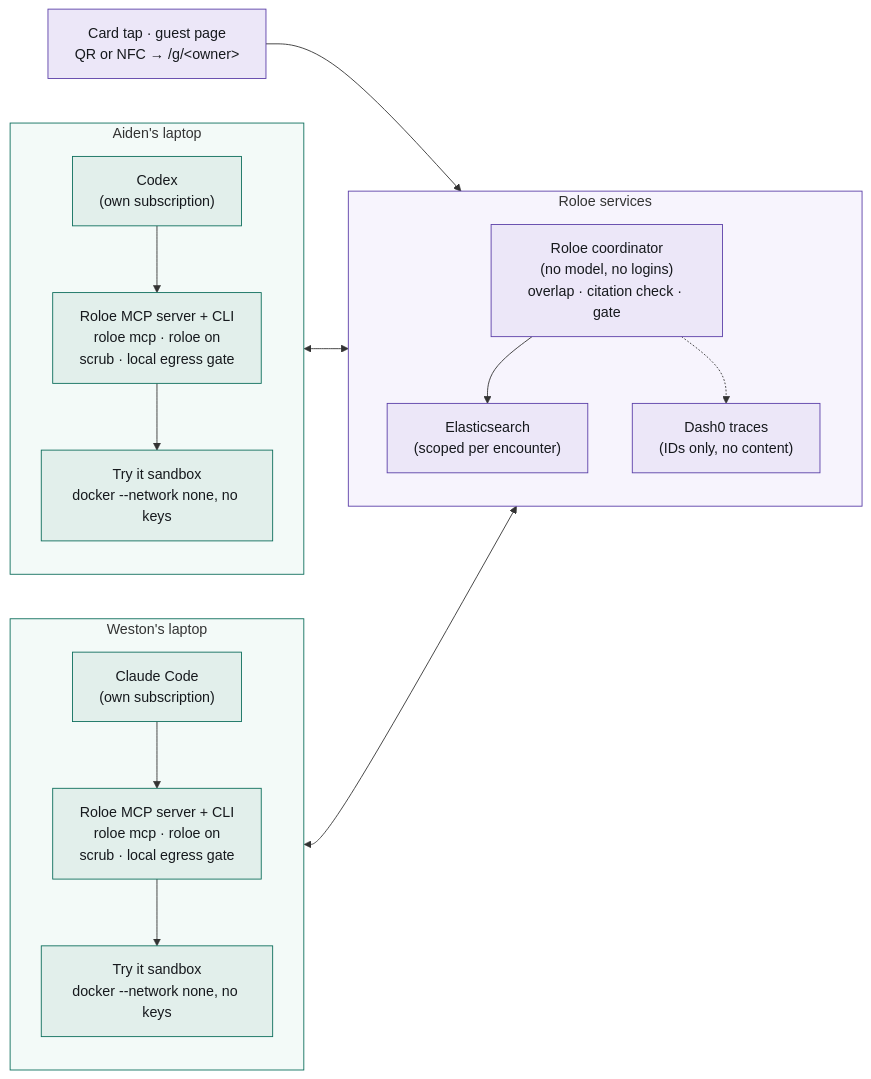
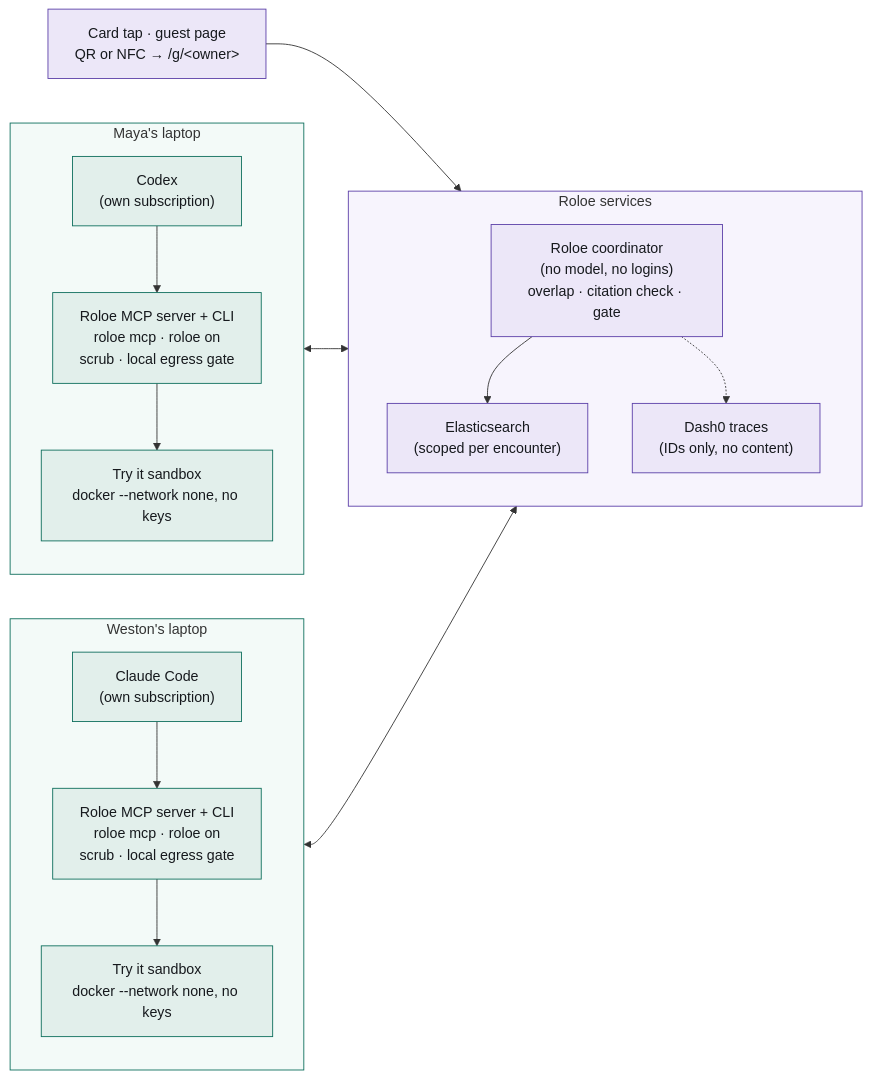
The diagram in README.md (WestonBDev/roloe), drawn with Mermaid before and after one commit. The commit also changed other lines of this file and 12 other files, not shown here.

Commit message:
No real names: example person "Maya" in tests and docs, made-up off-limits terms, demo rig describes the second laptop and phone; guest clone folders carry the owner so a runner only cleans up its own

````diff
--- a/README.md
+++ b/README.md
@@ -34,30 +34,30 @@
 ```mermaid
 flowchart LR
   tap["Card tap · guest page<br/>QR or NFC → /g/&lt;owner&gt;"]
   subgraph W["Weston's laptop"]
     direction TB
     wa["Claude Code<br/>(own subscription)"] --> wm["Roloe MCP server + CLI<br/>roloe mcp · roloe on<br/>scrub · local egress gate"] --> wt["Try it sandbox<br/>docker --network none, no keys"]
   end
   subgraph R["Roloe services"]
     direction TB
     co["Roloe coordinator<br/>(no model, no logins)<br/>overlap · citation check · gate"]
     es["Elasticsearch<br/>(scoped per encounter)"]
     d0["Dash0 traces<br/>(IDs only, no content)"]
     co --> es
     co -.-> d0
   end
-  subgraph A["Aiden's laptop"]
+  subgraph A["Maya's laptop"]
     direction TB
     aa["Codex<br/>(own subscription)"] --> am["Roloe MCP server + CLI<br/>roloe mcp · roloe on<br/>scrub · local egress gate"] --> at["Try it sandbox<br/>docker --network none, no keys"]
   end
   tap --> co
   wm <--> co
   am <--> co
   classDef teal fill:#e2efeb,stroke:#0d6e5c,color:#16191d
   classDef purple fill:#ece7f8,stroke:#5b3fa8,color:#16191d
   class wa,wm,wt,aa,am,at teal
   class co,es,d0,tap purple
   style W fill:#f3faf8,stroke:#0d6e5c
   style A fill:#f3faf8,stroke:#0d6e5c
   style R fill:#f7f4fd,stroke:#5b3fa8
 ```
````
